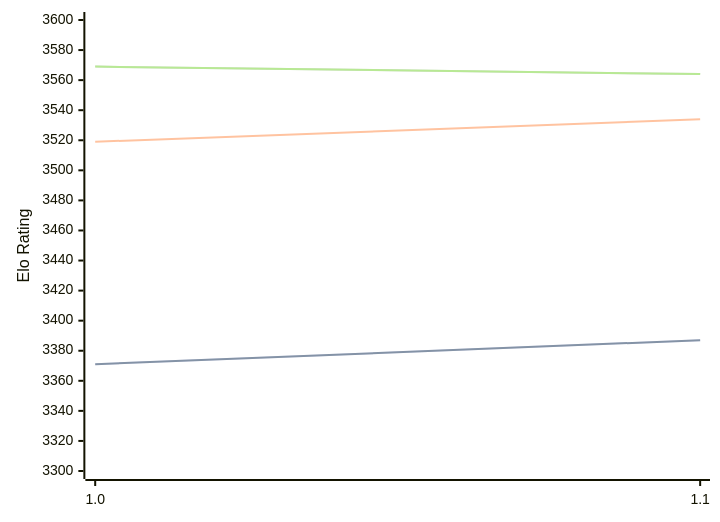
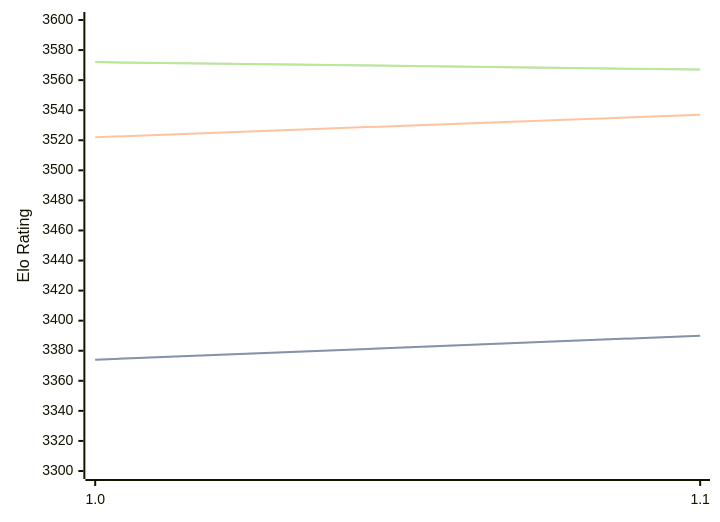
One commit to computer-chess-index/cci changed the diagram in engines/Horsie.md. Above: the diagram before and after it, drawn with Mermaid. The commit also changed other lines of this file, not shown here.

Commit message:
Update CCI Ratings (ELO VLTC) - 2026-02-20

````diff
--- a/engines/Horsie.md
+++ b/engines/Horsie.md
@@ -29,11 +29,11 @@
 ```mermaid
 %%{init: {"theme":"base","themeVariables":{"seriesColors:['#a3a3a3','#222221','#faa371']}}}%%
 xychart-beta
   x-axis ["1.0", "1.1"]
   y-axis "Elo Rating" 3300 --> 3600
-  line "STC (8.0+0.08s)" [3371, 3387]
-  line "STC (8.0+0.08s)" [3371, 3387]
-  line "LTC (60.0+0.60s)" [3519, 3534]
-  line "VLTC (2m24s+1.12s)" [3569, 3564]
-  line "VLTC (2m24s+1.12s)" [3569, 3564]
+  line "STC (8.0+0.08s)" [3374, 3390]
+  line "STC (8.0+0.08s)" [3374, 3390]
+  line "LTC (60.0+0.60s)" [3522, 3537]
+  line "VLTC (2m24s+1.12s)" [3572, 3567]
+  line "VLTC (2m24s+1.12s)" [3572, 3567]
 ```
````
